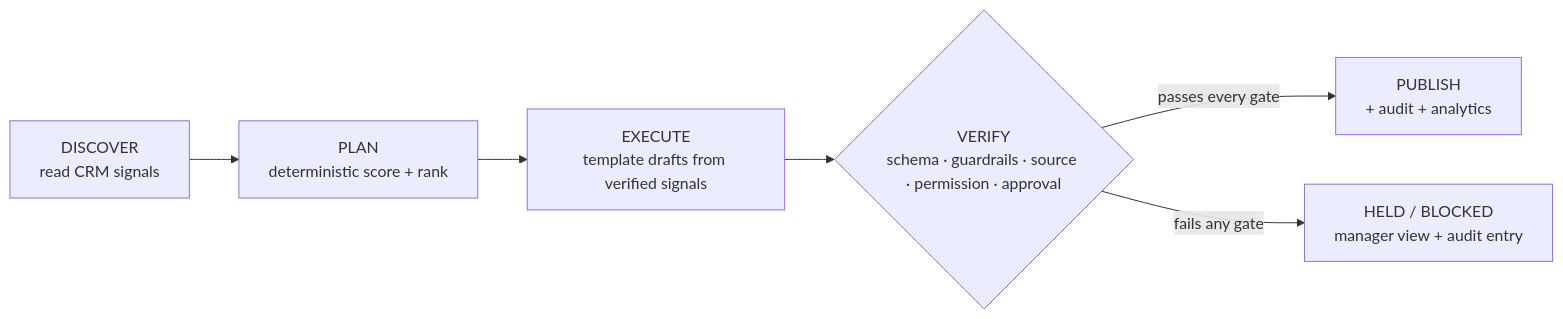
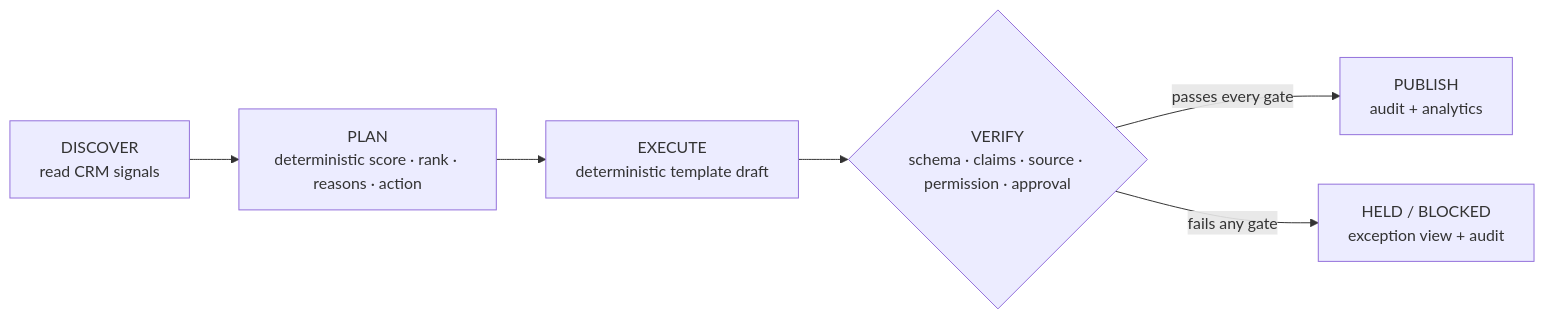
The first of 3 diagrams in README.md (Lvvphole/ai-account-prioritization), drawn with Mermaid before and after one commit. The commit also changed other lines of this file, not shown here.

````diff
--- a/README.md
+++ b/README.md
@@ -94,8 +113,8 @@
 ```mermaid
 flowchart LR
-    A["DISCOVER<br/>read CRM signals"] --> B["PLAN<br/>deterministic score + rank"]
-    B --> C["EXECUTE<br/>template drafts from verified signals"]
-    C --> D{"VERIFY<br/>schema · guardrails · source · permission · approval"}
-    D -- "passes every gate" --> E["PUBLISH<br/>+ audit + analytics"]
-    D -- "fails any gate" --> F["HELD / BLOCKED<br/>manager view + audit entry"]
+    A["DISCOVER<br/>read CRM signals"] --> B["PLAN<br/>deterministic score · rank · reasons · action"]
+    B --> C["EXECUTE<br/>deterministic template draft"]
+    C --> D{"VERIFY<br/>schema · claims · source · permission · approval"}
+    D -- "passes every gate" --> E["PUBLISH<br/>audit + analytics"]
+    D -- "fails any gate" --> F["HELD / BLOCKED<br/>exception view + audit"]
 ```
````
